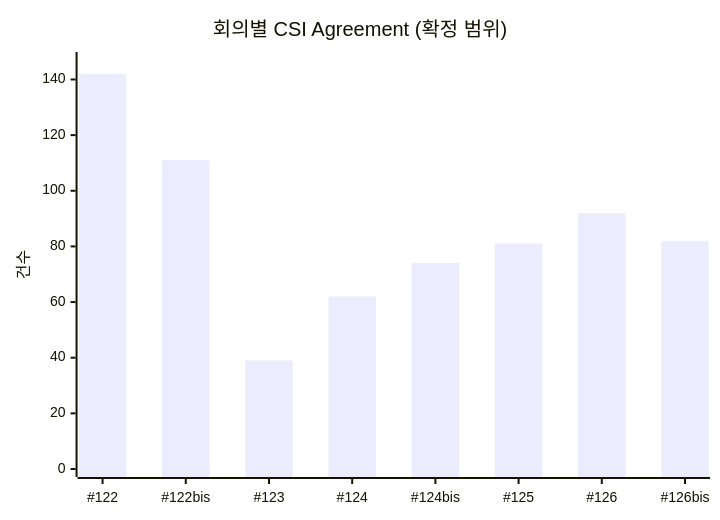
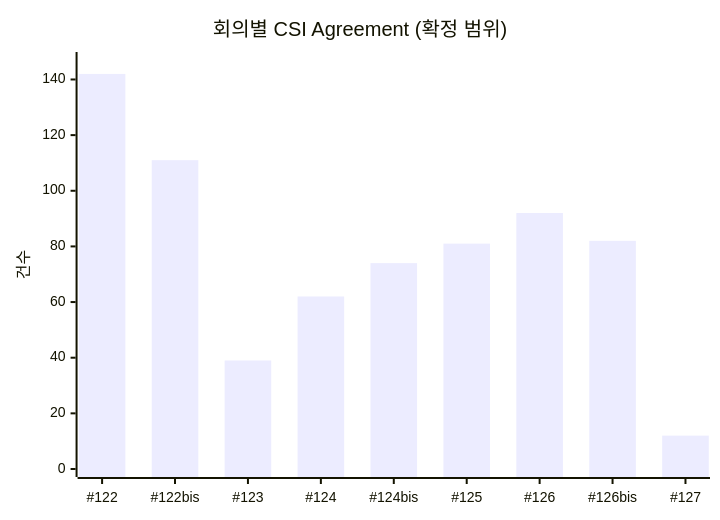
One commit to jgunmoon/RAN1-CSI-Dashboard changed the diagram in reports/README.md. Above: the diagram before and after it, drawn with Mermaid. The commit also changed other lines of this file and 9 other files, not shown here.

````diff
--- a/reports/README.md
+++ b/reports/README.md
@@ -43,7 +55,7 @@
 ```mermaid
 xychart-beta
     title "회의별 CSI Agreement (확정 범위)"
-    x-axis ["#122", "#122bis", "#123", "#124", "#124bis", "#125", "#126", "#126bis"]
+    x-axis ["#122", "#122bis", "#123", "#124", "#124bis", "#125", "#126", "#126bis", "#127"]
     y-axis "건수" 0 --> 147
-    bar [142, 111, 39, 62, 74, 81, 92, 82]
+    bar [142, 111, 39, 62, 74, 81, 92, 82, 12]
 ```
````
